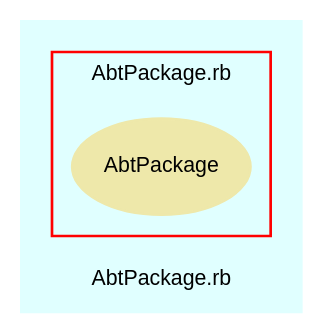
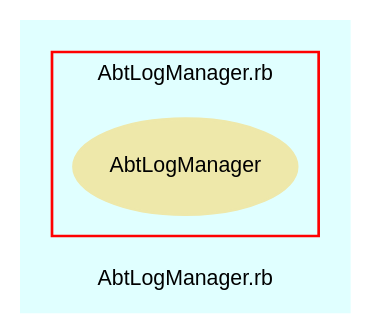
The diagram in src/trunk/doc/dot/f_4.dot (eschabell/abtlinux), drawn with Graphviz before and after one commit. The commit also changed 41 other files, not shown here.

```diff
--- a/src/trunk/doc/dot/f_4.dot
+++ b/src/trunk/doc/dot/f_4.dot
@@ -1,28 +1,28 @@
 digraph TopLevel {
     compound = true
     bgcolor = lightcyan1
     fontname = Arial
     fontsize = 8
-    label = "AbtPackage.rb"
+    label = "AbtLogManager.rb"
     node [
         fontname = Arial,
         fontsize = 8,
         color = black
     ]
 
-    subgraph cluster_4 {
+    subgraph cluster_5 {
         fontname = Arial
         color = red
-        label = "AbtPackage.rb"
-        AbtPackage [
+        label = "AbtLogManager.rb"
+        AbtLogManager [
             fontcolor = black,
-            URL = "classes/AbtPackage.html",
+            URL = "classes/AbtLogManager.html",
             shape = ellipse,
             color = palegoldenrod,
             style = filled,
-            label = "AbtPackage"
+            label = "AbtLogManager"
         ]
 
     }
 
 }
```
